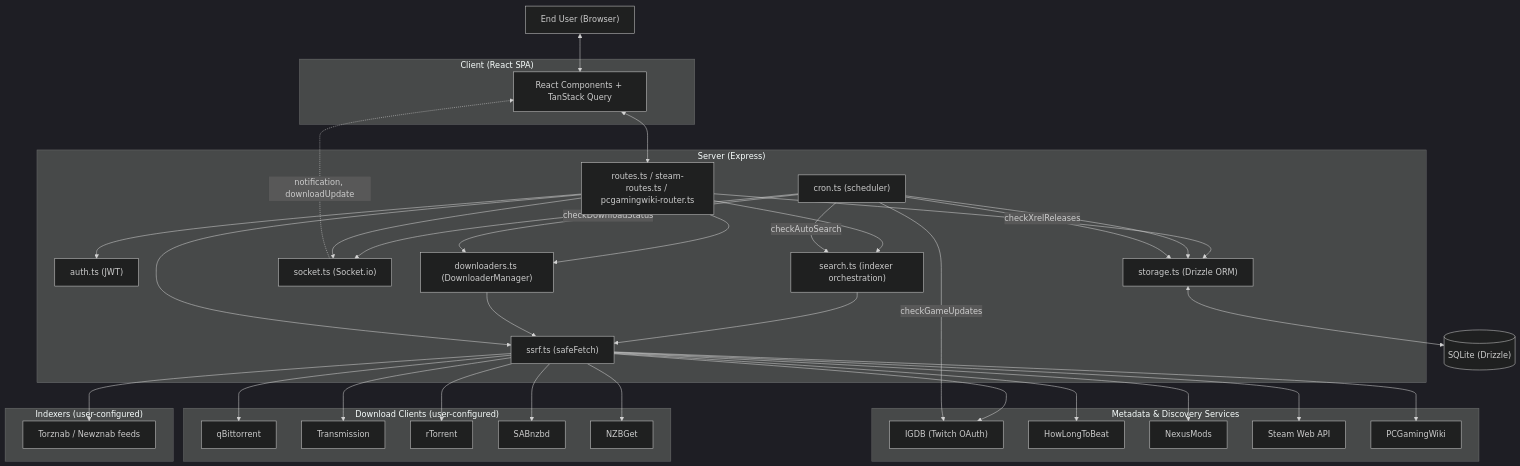
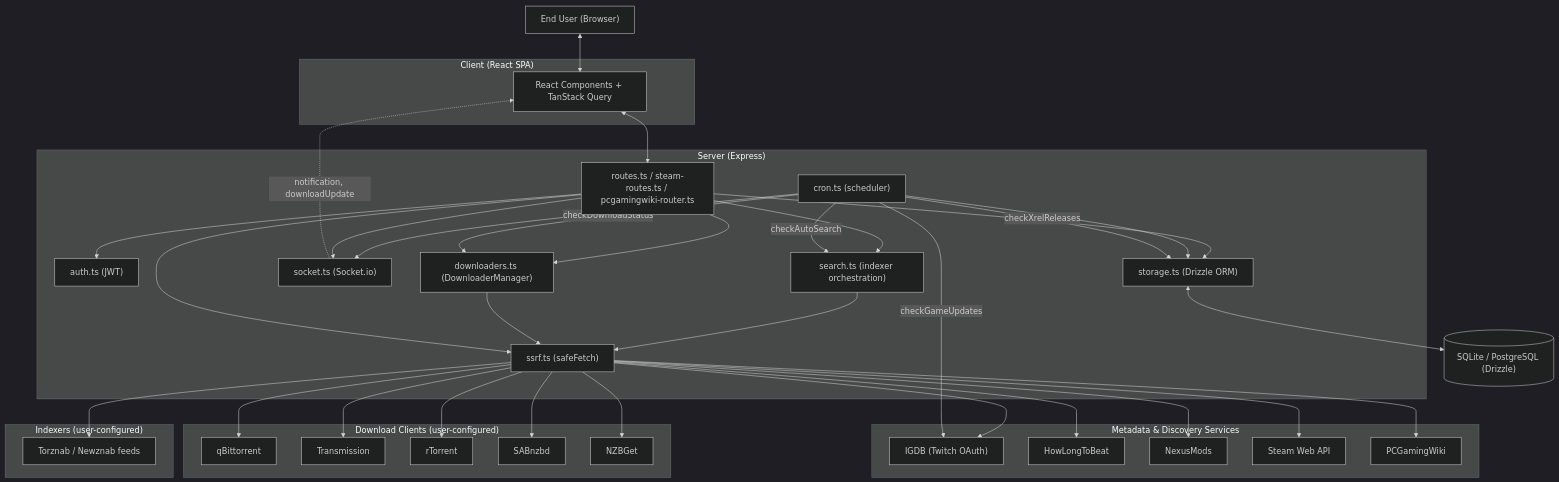
One commit to Doezer/Questarr changed the first of 2 diagrams in docs/ARCHITECTURE.md. Above: the diagram before and after it, drawn with Mermaid (dark theme). The commit also changed other lines of this file and 18 other files, not shown here.

````diff
--- a/docs/ARCHITECTURE.md
+++ b/docs/ARCHITECTURE.md
@@ -60,72 +64,72 @@
 ```mermaid
 flowchart TB
     User["End User (Browser)"]
 
     subgraph Client["Client (React SPA)"]
         UI["React Components + TanStack Query"]
     end
 
     subgraph Server["Server (Express)"]
         Routes["routes.ts / steam-routes.ts / pcgamingwiki-router.ts"]
         Auth["auth.ts (JWT)"]
         Storage["storage.ts (Drizzle ORM)"]
         SSRF["ssrf.ts (safeFetch)"]
         Cron["cron.ts (scheduler)"]
         Socket["socket.ts (Socket.io)"]
         SearchOrch["search.ts (indexer orchestration)"]
         DLManager["downloaders.ts (DownloaderManager)"]
     end
 
-    DB[("SQLite (Drizzle)")]
+    DB[("SQLite / PostgreSQL (Drizzle)")]
 
     subgraph Metadata["Metadata & Discovery Services"]
         IGDB["IGDB (Twitch OAuth)"]
         HLTB["HowLongToBeat"]
         Nexus["NexusMods"]
         Steam["Steam Web API"]
         PCGW["PCGamingWiki"]
     end
 
     subgraph Indexers["Indexers (user-configured)"]
         Torznab["Torznab / Newznab feeds"]
     end
 
     subgraph Downloaders["Download Clients (user-configured)"]
         QB["qBittorrent"]
         TR["Transmission"]
         RT["rTorrent"]
         SAB["SABnzbd"]
         NZB["NZBGet"]
     end
 
     User <--> UI
     UI <--> Routes
     Routes --> Auth
     Routes --> Storage
     Storage <--> DB
     Routes --> SearchOrch
     SearchOrch --> SSRF
     SSRF --> Torznab
     Routes --> DLManager
     DLManager --> SSRF
     SSRF --> QB
     SSRF --> TR
     SSRF --> RT
     SSRF --> SAB
     SSRF --> NZB
     Routes --> SSRF
     SSRF --> HLTB
     SSRF --> Nexus
     SSRF --> Steam
     SSRF --> PCGW
     SSRF --> IGDB
 
     Cron --> Storage
     Cron -->|checkGameUpdates| IGDB
     Cron -->|checkAutoSearch| SearchOrch
     Cron -->|checkDownloadStatus| DLManager
     Cron -->|checkXrelReleases| Storage
     Cron --> Socket
     Routes --> Socket
     Socket -.->|notification, downloadUpdate| UI
 ```
````
